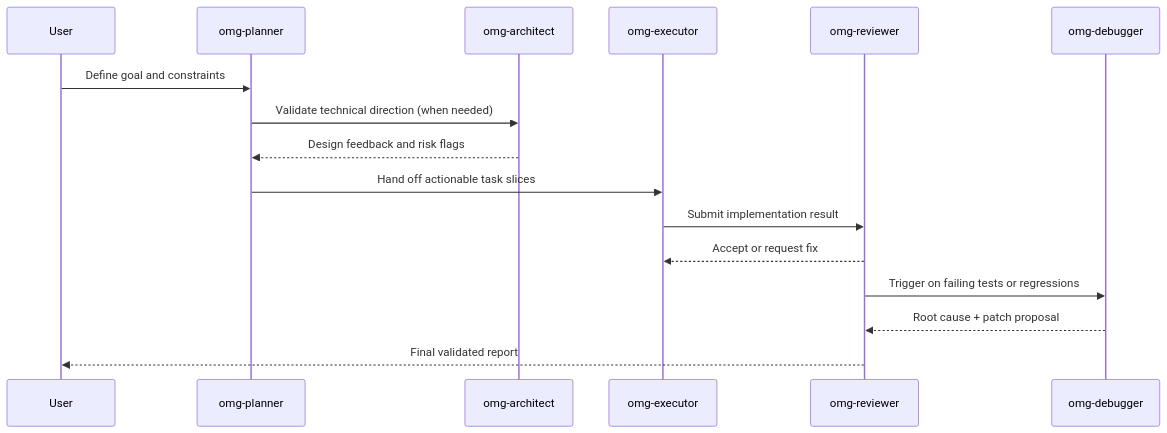
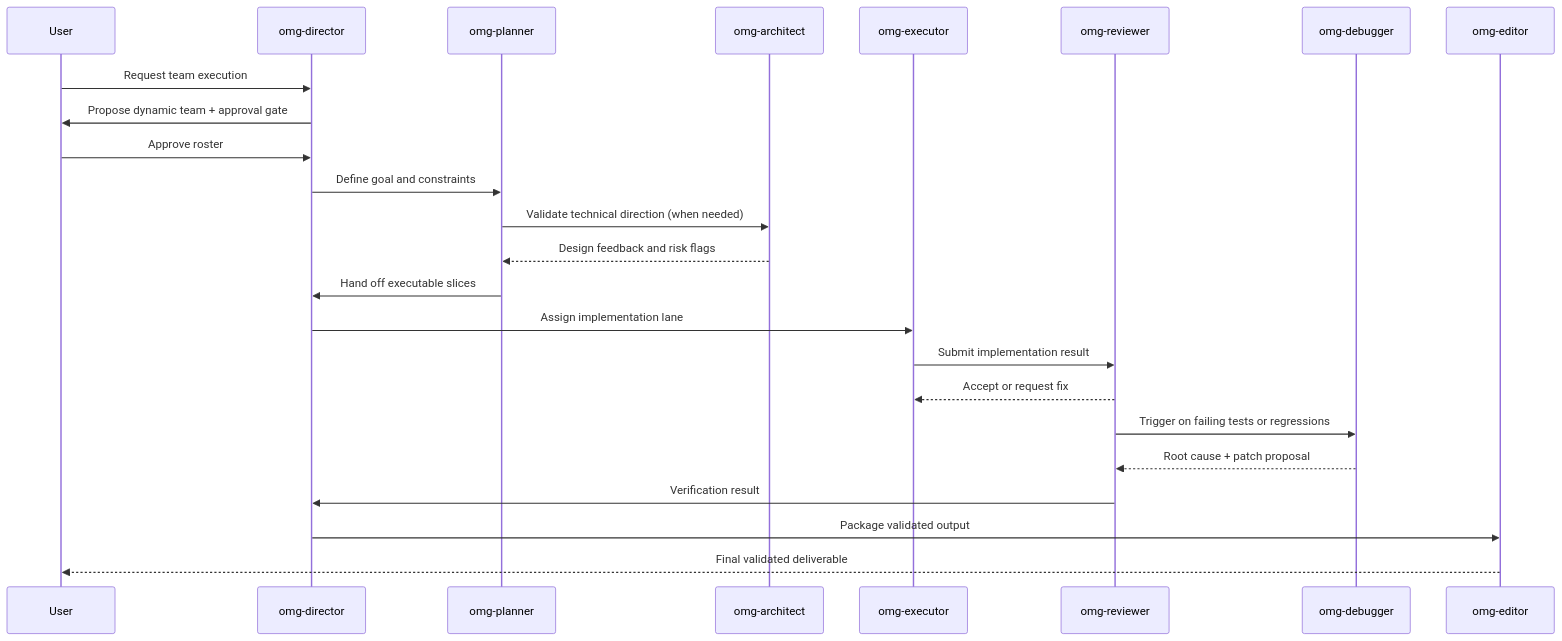
One commit to Joonghyun-Lee-Frieren/oh-my-gemini-cli changed the second of 2 diagrams in README.md. Above: the diagram before and after it, drawn with Mermaid. The commit also changed other lines of this file and 17 other files, not shown here.

First line of the commit message:
feat(team): add dynamic team assembly with approval gate and role-fit agent lanes

````diff
--- a/README.md
+++ b/README.md
@@ -95,19 +115,27 @@
 ```mermaid
 sequenceDiagram
     participant User
+    participant Director as omg-director
     participant Planner as omg-planner
     participant Architect as omg-architect
     participant Executor as omg-executor
     participant Reviewer as omg-reviewer
     participant Debugger as omg-debugger
+    participant Editor as omg-editor
 
-    User->>Planner: Define goal and constraints
+    User->>Director: Request team execution
+    Director->>User: Propose dynamic team + approval gate
+    User->>Director: Approve roster
+    Director->>Planner: Define goal and constraints
     Planner->>Architect: Validate technical direction (when needed)
     Architect-->>Planner: Design feedback and risk flags
-    Planner->>Executor: Hand off actionable task slices
+    Planner->>Director: Hand off executable slices
+    Director->>Executor: Assign implementation lane
     Executor->>Reviewer: Submit implementation result
     Reviewer-->>Executor: Accept or request fix
     Reviewer->>Debugger: Trigger on failing tests or regressions
     Debugger-->>Reviewer: Root cause + patch proposal
-    Reviewer-->>User: Final validated report
+    Reviewer->>Director: Verification result
+    Director->>Editor: Package validated output
+    Editor-->>User: Final validated deliverable
 ```
````
